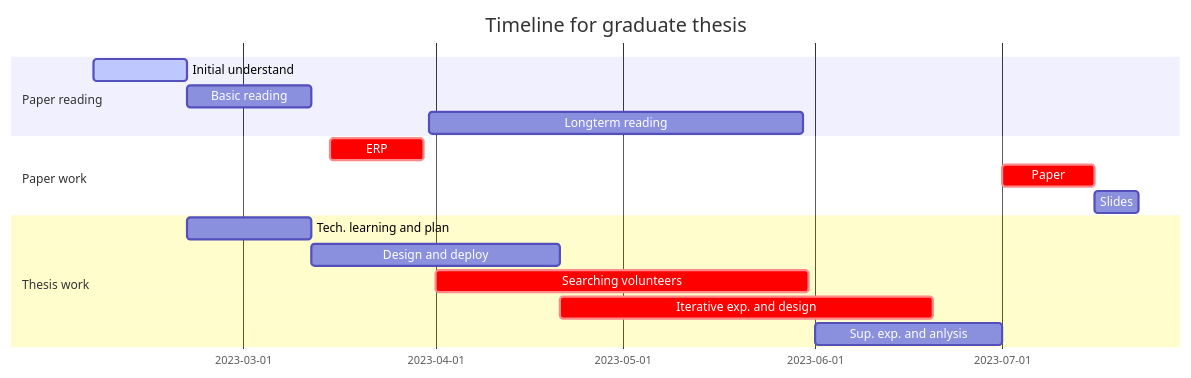
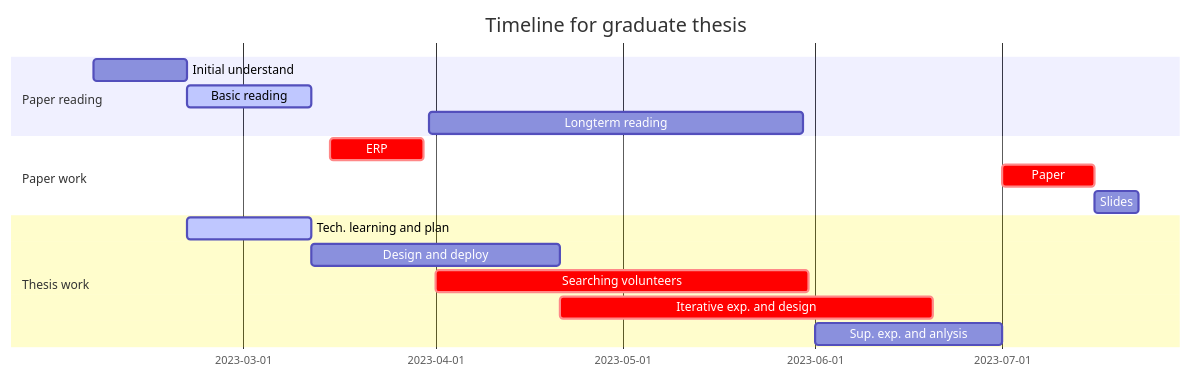
Before and after one commit to hinczhang/GraduteThesis_Master: the diagram in README.md, drawn with Mermaid.

````diff
--- a/README.md
+++ b/README.md
@@ -5,19 +5,19 @@
 ```mermaid
 gantt
     title Timeline for graduate thesis
     dateFormat  YYYY-MM-DD
     section Paper reading
-    Initial understand              :active, a1, 2023-02-05, 15d
-    Basic reading                   :a2, after a1, 20d
+    Initial understand              : a1, 2023-02-05, 15d
+    Basic reading                   :active, a2, after a1, 20d
     Longterm reading                :2023-03-31, 60d
     section Paper work
     ERP                             :crit, b1, 2023-03-15, 15d
     Paper                           :crit, b2, 2023-07-01, 15d
     Slides                          :b3, after b2, 7d
     section Thesis work
-    Tech. learning and plan         :c1, after a1, 20d
+    Tech. learning and plan         :active, c1, after a1, 20d
     Design and deploy               :c2, after c1, 40d
     Searching volunteers            :crit, c3, 2023-04-01, 60d
     Iterative exp. and design       :crit, c4, after c2, 60d
     Sup. exp. and anlysis           :c5, 2023-06-01, 30d
 ```
````
